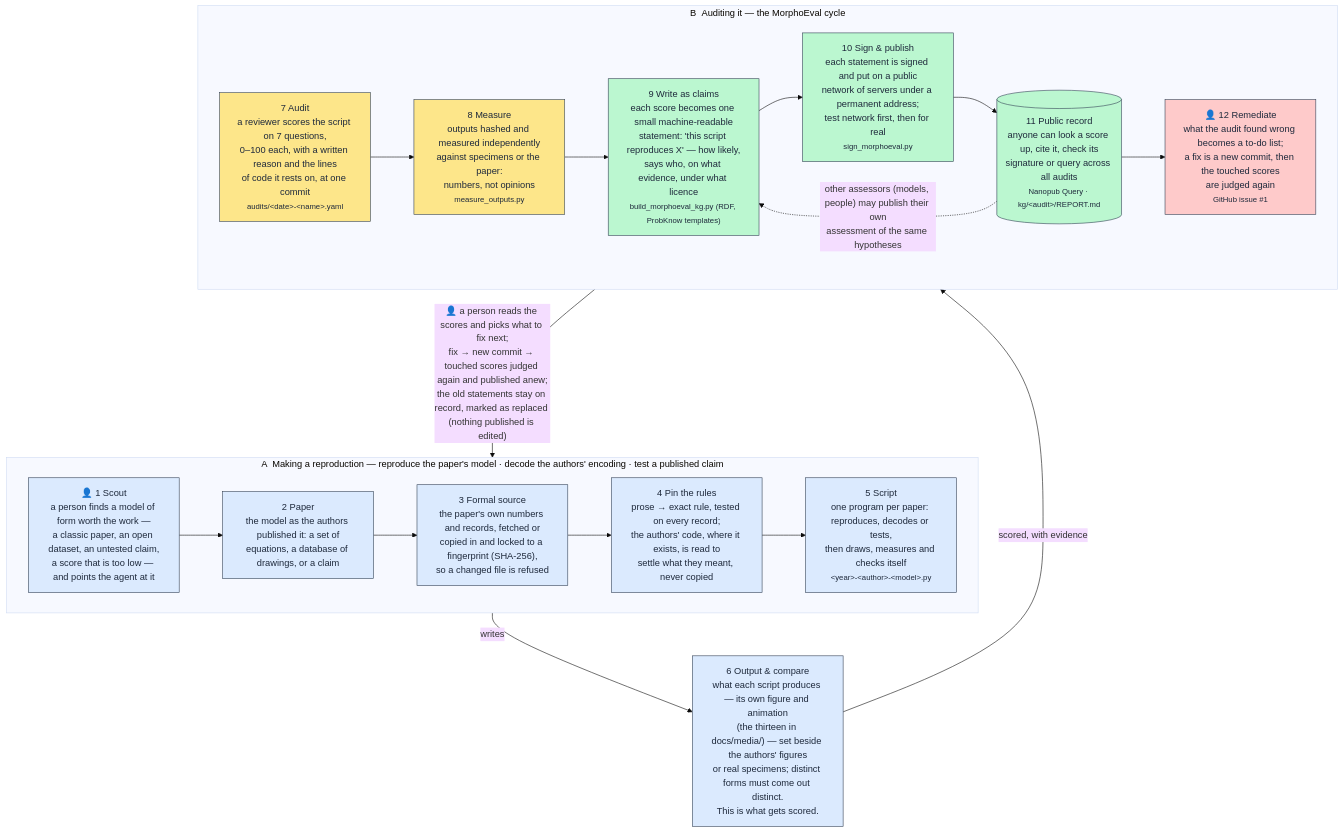
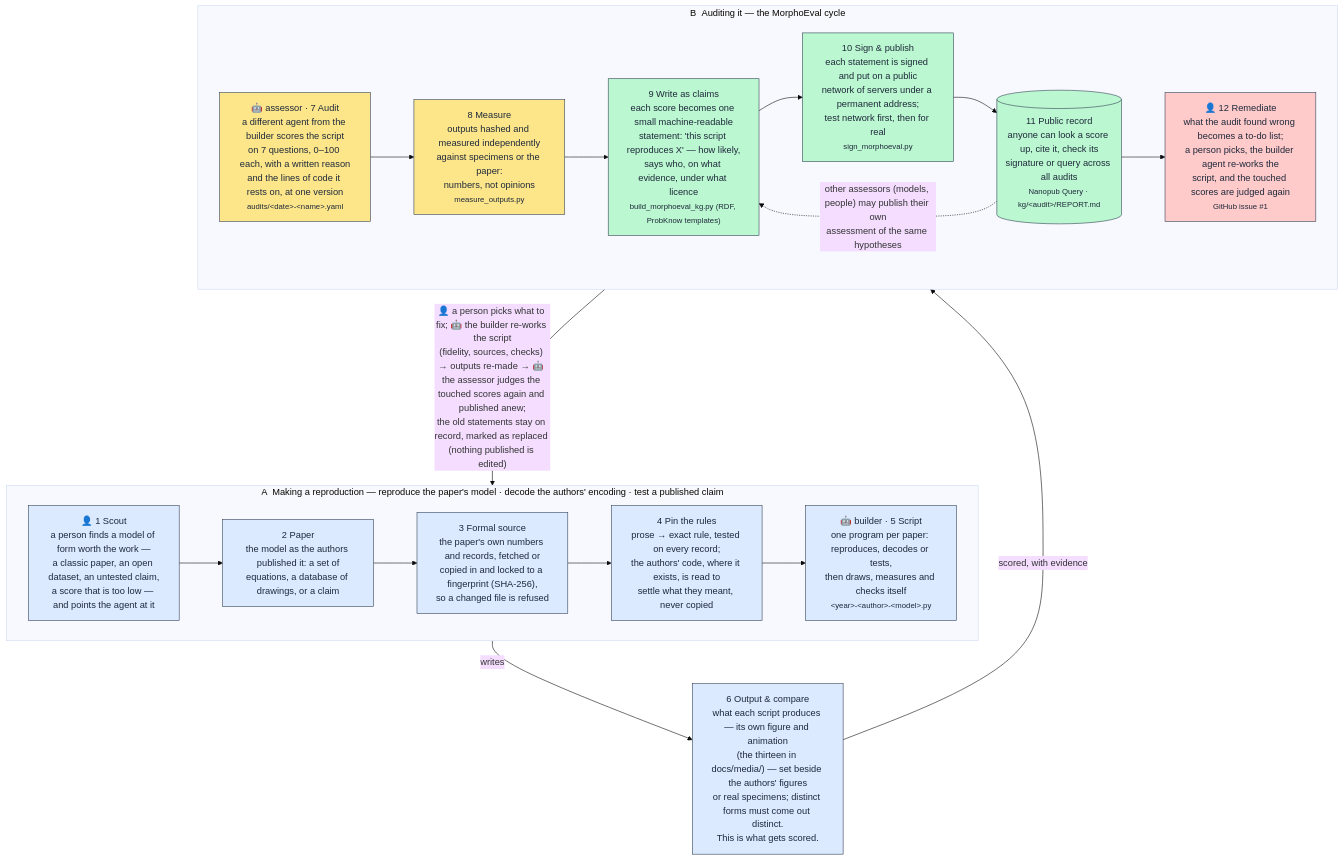
The diagram in morphoeval/README.md (fractastical/morpholib), drawn with Mermaid (base theme) before and after one commit. The commit also changed other lines of this file and 5 other files, not shown here.

First line of the commit message:
Pipeline diagram: builder and assessor agents, and the builder in the loop

````diff
--- a/morphoeval/README.md
+++ b/morphoeval/README.md
@@ -58,35 +63,35 @@
 ```mermaid
 flowchart TB
     classDef build fill:#dbeafe,stroke:#334155,color:#1e293b
     classDef eval fill:#fde68a,stroke:#334155,color:#1e293b
     classDef pub fill:#bbf7d0,stroke:#334155,color:#1e293b
     classDef loop fill:#fecaca,stroke:#334155,color:#1e293b
 
     subgraph A["A &nbsp;Making a reproduction — reproduce the paper's model · decode the authors' encoding · test a published claim"]
         direction LR
         SC["👤 1 Scout<br/>a person finds a model of form worth the work —<br/>a classic paper, an open dataset, an untested claim,<br/>a score that is too low — and points the agent at it"]:::build
         P["2 Paper<br/>the model as the authors published it: a set of<br/>equations, a database of drawings, or a claim"]:::build
         S["3 Formal source<br/>the paper's own numbers and records, fetched or<br/>copied in and locked to a fingerprint (SHA-256),<br/>so a changed file is refused"]:::build
         R["4 Pin the rules<br/>prose → exact rule, tested on every record;<br/>the authors' code, where it exists, is read to<br/>settle what they meant, never copied"]:::build
-        X["5 Script<br/>one program per paper: reproduces, decodes or tests,<br/>then draws, measures and checks itself<br/><small>&lt;year&gt;-&lt;author&gt;-&lt;model&gt;.py</small>"]:::build
+        X["🤖 builder · 5 Script<br/>one program per paper: reproduces, decodes or tests,<br/>then draws, measures and checks itself<br/><small>&lt;year&gt;-&lt;author&gt;-&lt;model&gt;.py</small>"]:::build
         SC --> P --> S --> R --> X
     end
 
     O["6 Output &amp; compare<br/>what each script produces — its own figure and animation<br/>(the thirteen in docs/media/) — set beside the authors' figures<br/>or real specimens; distinct forms must come out distinct.<br/>This is what gets scored."]:::build
     X -- writes --> O
 
     subgraph B["B &nbsp;Auditing it — the MorphoEval cycle"]
         direction LR
-        AU["7 Audit<br/>a reviewer scores the script on 7 questions,<br/>0–100 each, with a written reason and the lines<br/>of code it rests on, at one commit<br/><small>audits/&lt;date&gt;-&lt;name&gt;.yaml</small>"]:::eval
+        AU["🤖 assessor · 7 Audit<br/>a different agent from the builder scores the script<br/>on 7 questions, 0–100 each, with a written reason<br/>and the lines of code it rests on, at one version<br/><small>audits/&lt;date&gt;-&lt;name&gt;.yaml</small>"]:::eval
         M["8 Measure<br/>outputs hashed and measured independently<br/>against specimens or the paper:<br/>numbers, not opinions<br/><small>measure_outputs.py</small>"]:::eval
         BG["9 Write as claims<br/>each score becomes one small machine-readable<br/>statement: 'this script reproduces X' — how likely,<br/>says who, on what evidence, under what licence<br/><small>build_morphoeval_kg.py (RDF, ProbKnow templates)</small>"]:::pub
         PU["10 Sign &amp; publish<br/>each statement is signed and put on a public<br/>network of servers under a permanent address;<br/>test network first, then for real<br/><small>sign_morphoeval.py</small>"]:::pub
         G[("11 Public record<br/>anyone can look a score up, cite it, check its<br/>signature or query across all audits<br/><small>Nanopub Query · kg/&lt;audit&gt;/REPORT.md</small>")]:::pub
-        T["👤 12 Remediate<br/>what the audit found wrong becomes a to-do list;<br/>a fix is a new commit, then the touched scores<br/>are judged again<br/><small>GitHub issue #1</small>"]:::loop
+        T["👤 12 Remediate<br/>what the audit found wrong becomes a to-do list;<br/>a person picks, the builder agent re-works the<br/>script, and the touched scores are judged again<br/><small>GitHub issue #1</small>"]:::loop
         AU --> M --> BG --> PU --> G --> T
     end
 
     O -- scored, with evidence --> AU
-    T -- "👤 a person reads the scores and picks what to fix next;<br/>fix → new commit → touched scores judged again and published anew;<br/>the old statements stay on record, marked as replaced (nothing published is edited)" --> X
+    T -- "👤 a person picks what to fix; 🤖 the builder re-works the script<br/>(fidelity, sources, checks) → outputs re-made → 🤖 the assessor judges the touched scores again and published anew;<br/>the old statements stay on record, marked as replaced (nothing published is edited)" --> X
     G -. other assessors (models, people) may publish their own<br/>assessment of the same hypotheses .-> BG
 ```
````
